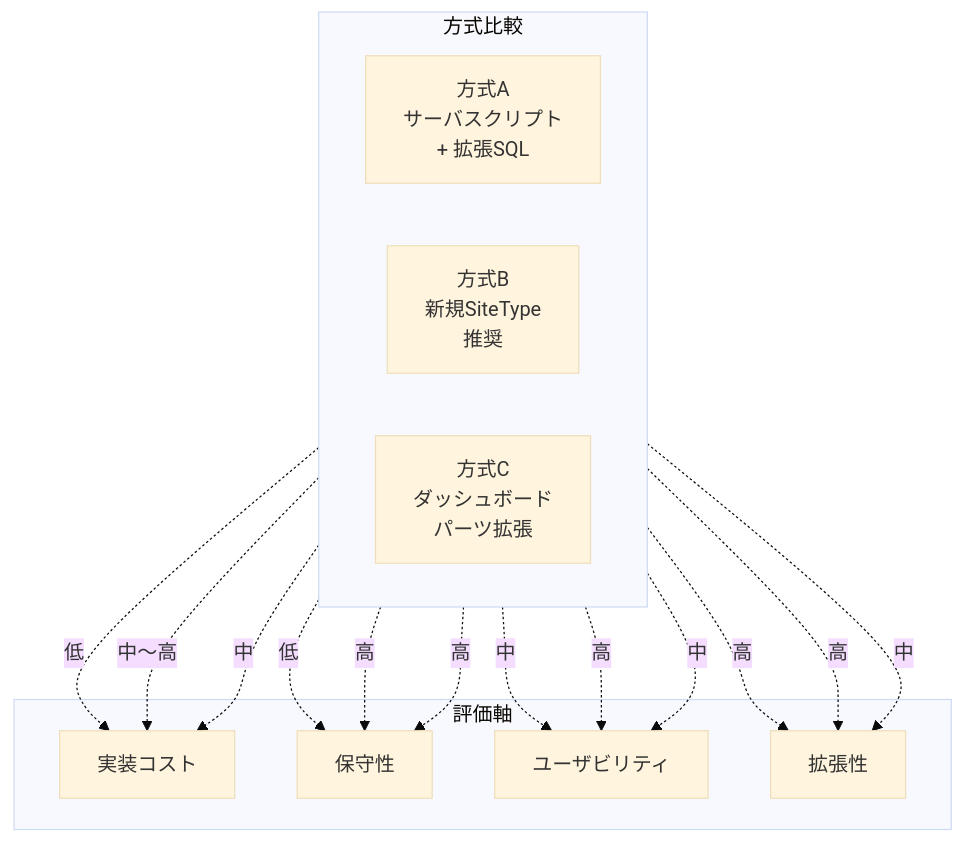
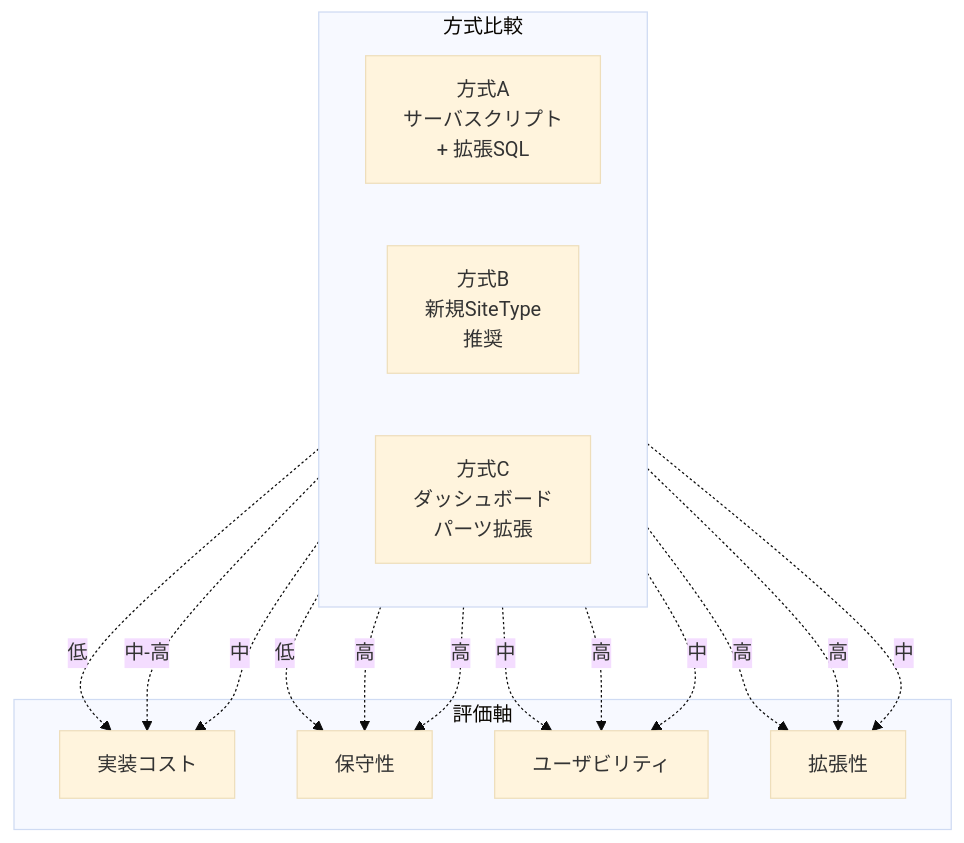
Before and after one commit to vehiclevisionjp/VehicleVision.Pleasanter.ResearchDocuments: diagram 12 of 16 in docs/research/06-一覧・ビュー/007-複数テーブル統合ビュー.md, drawn with Mermaid (base theme). The commit also changed other lines of this file, not shown here.

Commit message:
docs: mermaid修正、編集対象サイトのJSON定義(Editable)追加、拡張SQLのフィルタ・ソートを対象外に変更

````diff
--- a/docs/research/06-一覧・ビュー/007-複数テーブル統合ビュー.md
+++ b/docs/research/06-一覧・ビュー/007-複数テーブル統合ビュー.md
@@ -1290,31 +1312,31 @@
 ```mermaid
 flowchart TB
     subgraph 方式比較
         direction LR
         A[方式A<br/>サーバスクリプト<br/>+ 拡張SQL]
         B[方式B<br/>新規SiteType<br/>推奨]
         C[方式C<br/>ダッシュボード<br/>パーツ拡張]
     end
 
     subgraph 評価軸
         D[実装コスト]
         E[保守性]
         F[ユーザビリティ]
         G[拡張性]
     end
 
     A -.->|低| D
     A -.->|低| E
     A -.->|中| F
     A -.->|高| G
 
-    B -.->|中〜高| D
+    B -.->|中-高| D
     B -.->|高| E
     B -.->|高| F
     B -.->|高| G
 
     C -.->|中| D
     C -.->|高| E
     C -.->|中| F
     C -.->|中| G
 ```
````
